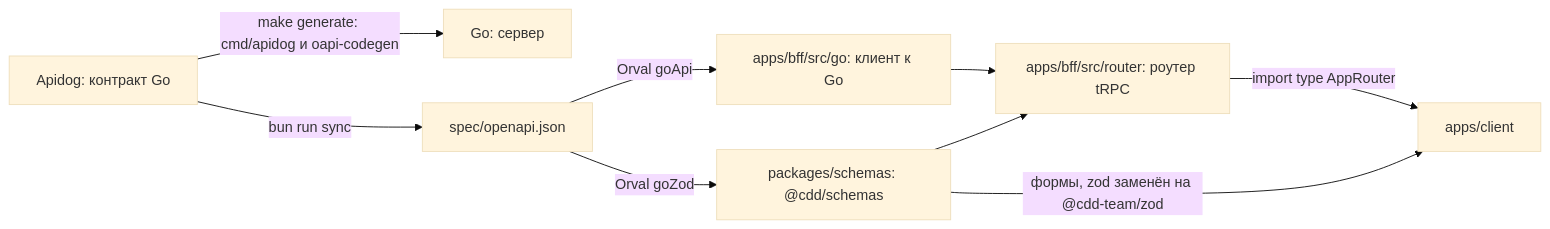
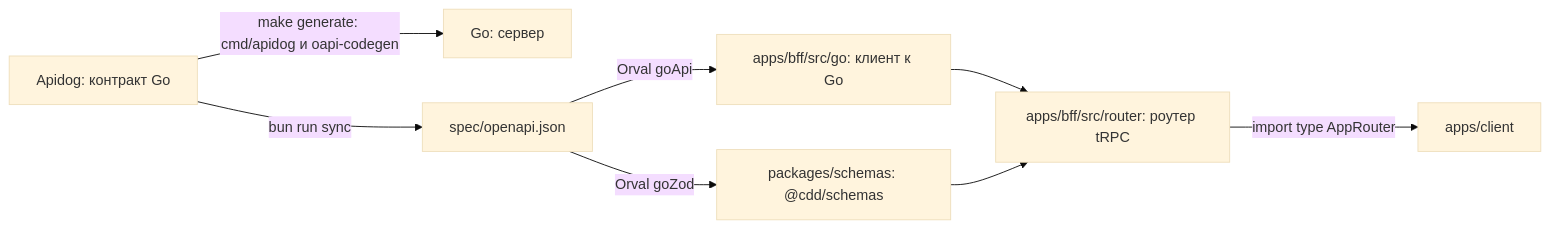
Before and after one commit to Cringe-Driven-Development-Team/docs: the diagram in site/modules/2/tracks/bff/contract.md, drawn with Mermaid (base theme). The commit also changed other lines of this file and 8 other files, not shown here.

Commit message:
feat(modules): модуль №3 — свой Zod и React Hook Form; в модуле №2 схемы Orval только в BFF

````diff
--- a/site/modules/2/tracks/bff/contract.md
+++ b/site/modules/2/tracks/bff/contract.md
@@ -13,11 +13,10 @@
 ```mermaid
 flowchart LR
     D["Apidog: контракт Go"] -->|"make generate: cmd/apidog и oapi-codegen"| G["Go: сервер"]
     D -->|"bun run sync"| S["spec/openapi.json"]
     S -->|"Orval goApi"| GA["apps/bff/src/go: клиент к Go"]
     S -->|"Orval goZod"| GZ["packages/schemas: @cdd/schemas"]
     GA --> R["apps/bff/src/router: роутер tRPC"]
     GZ --> R
     R -->|"import type AppRouter"| C["apps/client"]
-    GZ -->|"формы, zod заменён на @cdd-team/zod"| C
 ```
````
